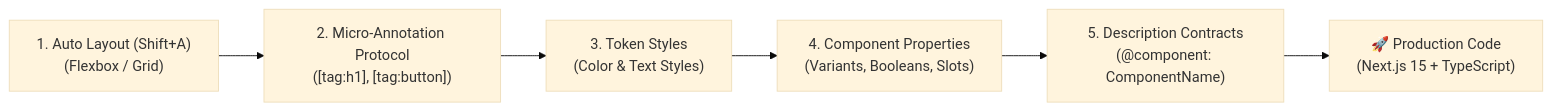
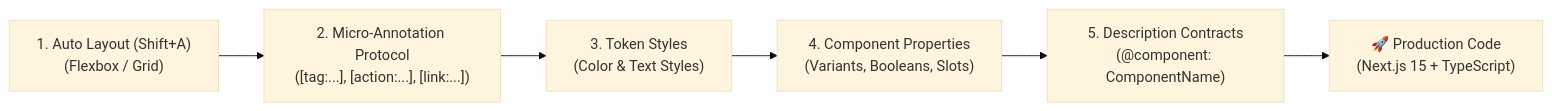
Before and after one commit to sudipto21in2024/FigmaWorkflow: the diagram in Docs/figma-for-ai-guide.md, drawn with Mermaid (base theme). The commit also changed other lines of this file, not shown here.

````diff
--- a/Docs/figma-for-ai-guide.md
+++ b/Docs/figma-for-ai-guide.md
@@ -10,8 +10,8 @@
 ```mermaid
 flowchart LR
-    A["1. Auto Layout (Shift+A)<br/>(Flexbox / Grid)"] --> B["2. Micro-Annotation Protocol<br/>([tag:h1], [tag:button])"]
+    A["1. Auto Layout (Shift+A)<br/>(Flexbox / Grid)"] --> B["2. Micro-Annotation Protocol<br/>([tag:...], [action:...], [link:...])"]
     B --> C["3. Token Styles<br/>(Color & Text Styles)"]
     C --> D["4. Component Properties<br/>(Variants, Booleans, Slots)"]
     D --> E["5. Description Contracts<br/>(@component: ComponentName)"]
     E --> F["🚀 Production Code<br/>(Next.js 15 + TypeScript)"]
 ```
````
